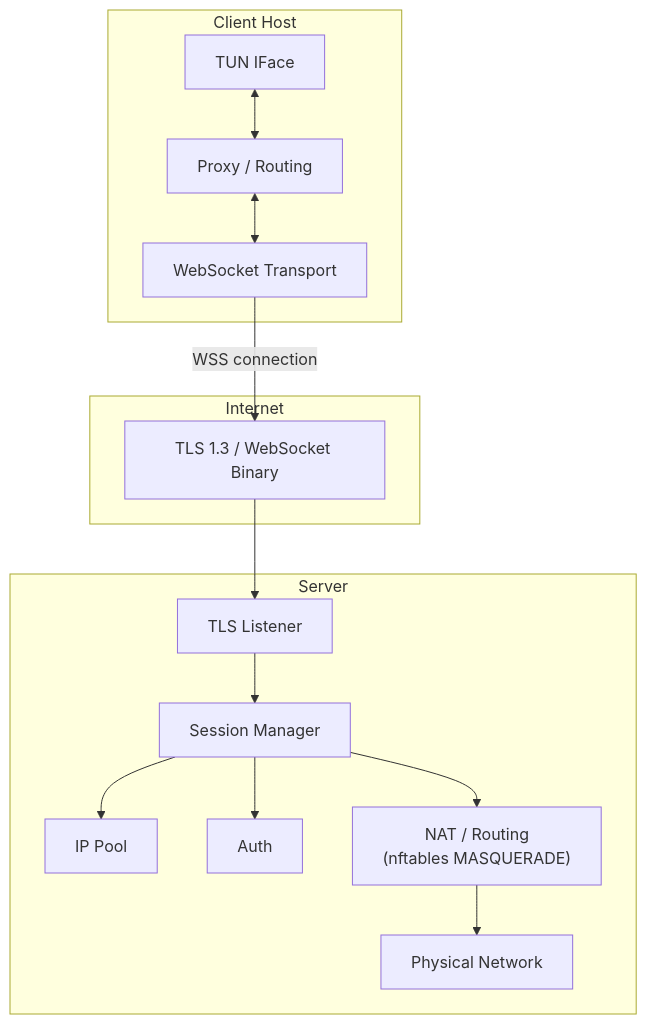
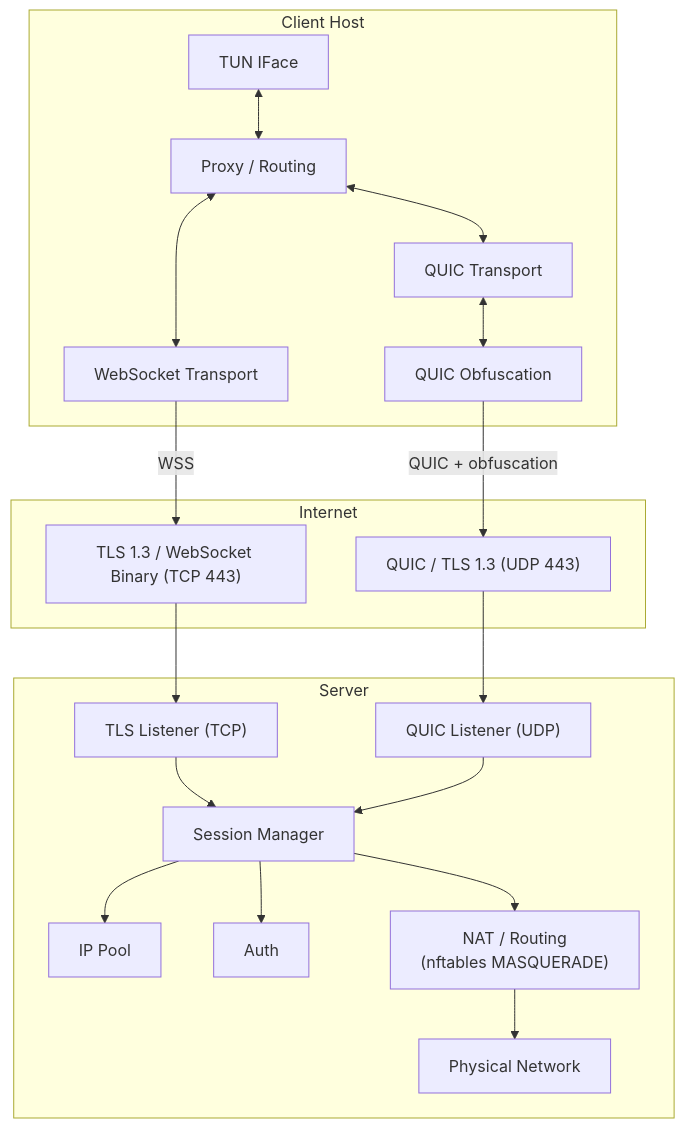
One commit to bzdvdn/kvn-ws changed the diagram in docs/en/architecture.md. Above: the diagram before and after it, drawn with Mermaid. The commit also changed other lines of this file and 27 other files, not shown here.

Commit message:
quic obfuscation

````diff
--- a/docs/en/architecture.md
+++ b/docs/en/architecture.md
@@ -9,31 +9,40 @@
 ```mermaid
 flowchart TB
     subgraph Client["Client Host"]
         TUN["TUN IFace"]
         PROXY["Proxy / Routing"]
         WS_CLIENT["WebSocket Transport"]
+        QUIC_CLIENT["QUIC Transport"]
+        OBF["QUIC Obfuscation"]
         TUN <--> PROXY
         PROXY <--> WS_CLIENT
+        PROXY <--> QUIC_CLIENT
+        QUIC_CLIENT <--> OBF
     end
 
     subgraph Internet["Internet"]
-        TLS_TUNNEL["TLS 1.3 / WebSocket Binary"]
+        WS_TUNNEL["TLS 1.3 / WebSocket Binary (TCP 443)"]
+        QUIC_TUNNEL["QUIC / TLS 1.3 (UDP 443)"]
     end
 
     subgraph Server["Server"]
-        TLS["TLS Listener"]
+        TLS["TLS Listener (TCP)"]
+        QUIC_LN["QUIC Listener (UDP)"]
         SESS["Session Manager"]
         IPPOOL["IP Pool"]
         AUTH["Auth"]
         NAT["NAT / Routing<br/>(nftables MASQUERADE)"]
         PHYS["Physical Network"]
         TLS --> SESS
+        QUIC_LN --> SESS
         SESS --> IPPOOL
         SESS --> AUTH
         SESS --> NAT
         NAT --> PHYS
     end
 
-    WS_CLIENT -- "WSS connection" --> TLS_TUNNEL
-    TLS_TUNNEL --> TLS
+    WS_CLIENT -- "WSS" --> WS_TUNNEL
+    WS_TUNNEL --> TLS
+    OBF -- "QUIC + obfuscation" --> QUIC_TUNNEL
+    QUIC_TUNNEL --> QUIC_LN
 ```
````
